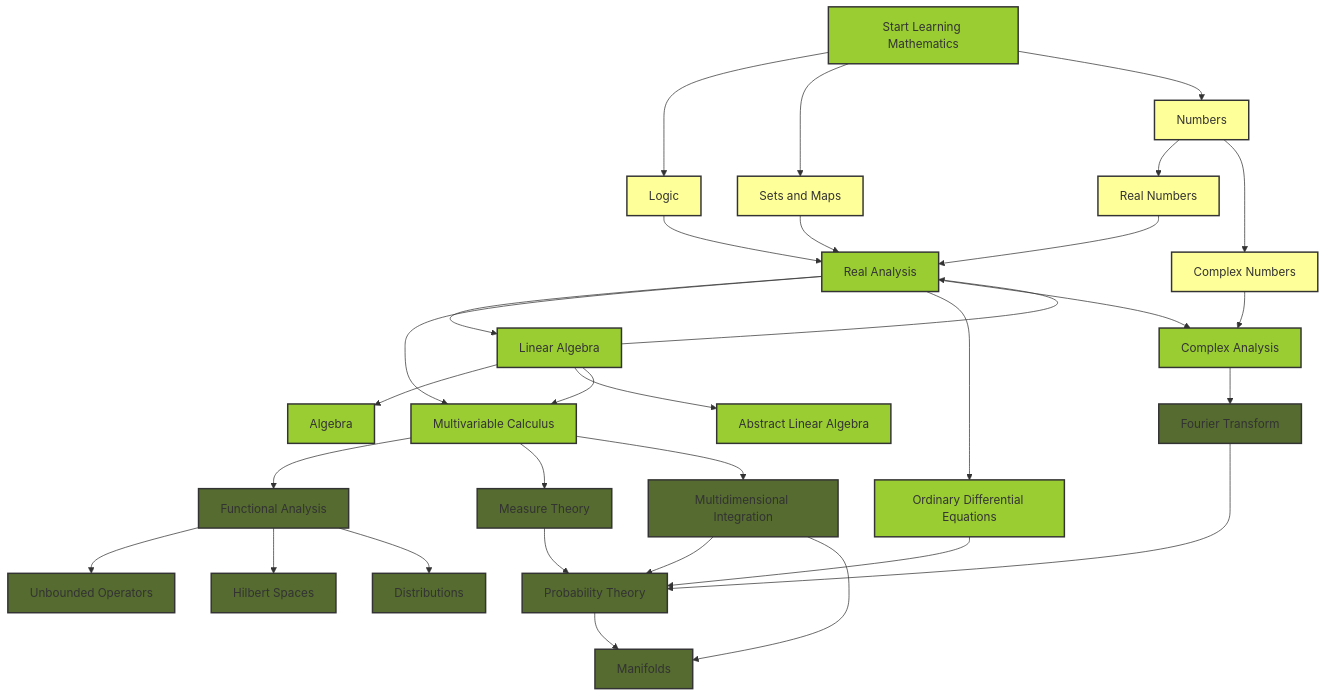
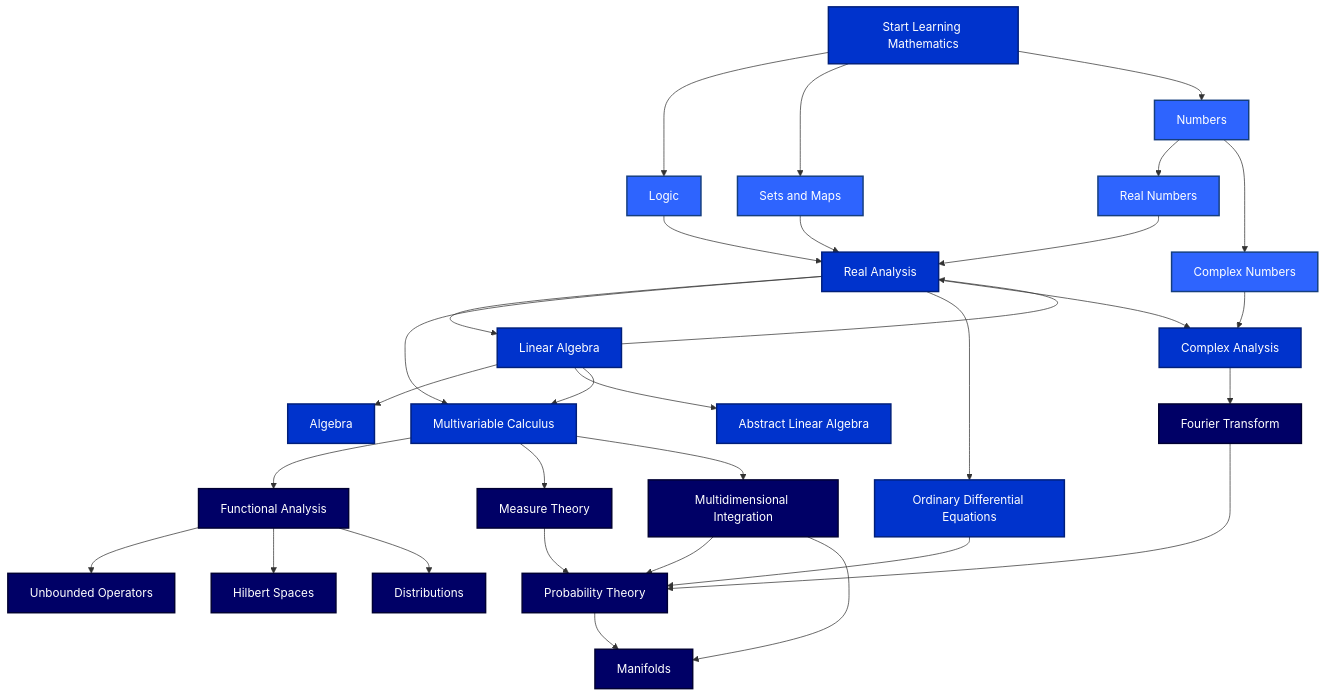
Before and after one commit to OJB-Quantum/Math-and-Physics-How-To: the first of 2 diagrams in README.md, drawn with Mermaid.

Commit message:
Revise diagram styles and color coding
Updated styles for various groups in the diagram to reflect new color scheme.

````diff
--- a/README.md
+++ b/README.md
@@ -98,26 +98,31 @@
     Q --> V
     R --> Q
 
-    style A fill:#9ACD32,stroke:#333,stroke-width:2px
-    style B fill:#FFFF99,stroke:#333,stroke-width:2px
-    style C fill:#FFFF99,stroke:#333,stroke-width:2px
-    style D fill:#FFFF99,stroke:#333,stroke-width:2px
-    style E fill:#FFFF99,stroke:#333,stroke-width:2px
-    style F fill:#FFFF99,stroke:#333,stroke-width:2px
-    style G fill:#9ACD32,stroke:#333,stroke-width:2px
-    style H fill:#9ACD32,stroke:#333,stroke-width:2px
-    style I fill:#9ACD32,stroke:#333,stroke-width:2px
-    style J fill:#9ACD32,stroke:#333,stroke-width:2px
-    style K fill:#9ACD32,stroke:#333,stroke-width:2px
-    style L fill:#9ACD32,stroke:#333,stroke-width:2px
-    style M fill:#9ACD32,stroke:#333,stroke-width:2px
-    style N fill:#556B2F,stroke:#333,stroke-width:2px
-    style O fill:#556B2F,stroke:#333,stroke-width:2px
-    style P fill:#556B2F,stroke:#333,stroke-width:2px
-    style Q fill:#556B2F,stroke:#333,stroke-width:2px
-    style R fill:#556B2F,stroke:#333,stroke-width:2px
-    style S fill:#556B2F,stroke:#333,stroke-width:2px
-    style T fill:#556B2F,stroke:#333,stroke-width:2px
-    style U fill:#556B2F,stroke:#333,stroke-width:2px
-    style V fill:#556B2F,stroke:#333,stroke-width:2px
+    %% Group 1: Formerly Yellow (Foundation) - Now Medium Blue
+    style B fill:#2E64FE,stroke:#153E7E,stroke-width:2px,color:#FFFFFF
+    style C fill:#2E64FE,stroke:#153E7E,stroke-width:2px,color:#FFFFFF
+    style D fill:#2E64FE,stroke:#153E7E,stroke-width:2px,color:#FFFFFF
+    style E fill:#2E64FE,stroke:#153E7E,stroke-width:2px,color:#FFFFFF
+    style F fill:#2E64FE,stroke:#153E7E,stroke-width:2px,color:#FFFFFF
+
+    %% Group 2: Formerly Light Green (Core) - Now Dark Blue
+    style A fill:#0033CC,stroke:#001F7A,stroke-width:2px,color:#FFFFFF
+    style G fill:#0033CC,stroke:#001F7A,stroke-width:2px,color:#FFFFFF
+    style H fill:#0033CC,stroke:#001F7A,stroke-width:2px,color:#FFFFFF
+    style I fill:#0033CC,stroke:#001F7A,stroke-width:2px,color:#FFFFFF
+    style J fill:#0033CC,stroke:#001F7A,stroke-width:2px,color:#FFFFFF
+    style K fill:#0033CC,stroke:#001F7A,stroke-width:2px,color:#FFFFFF
+    style L fill:#0033CC,stroke:#001F7A,stroke-width:2px,color:#FFFFFF
+    style M fill:#0033CC,stroke:#001F7A,stroke-width:2px,color:#FFFFFF
+
+    %% Group 3: Formerly Dark Green (Advanced) - Now Very Dark/Navy Blue
+    style N fill:#000066,stroke:#000033,stroke-width:2px,color:#FFFFFF
+    style O fill:#000066,stroke:#000033,stroke-width:2px,color:#FFFFFF
+    style P fill:#000066,stroke:#000033,stroke-width:2px,color:#FFFFFF
+    style Q fill:#000066,stroke:#000033,stroke-width:2px,color:#FFFFFF
+    style R fill:#000066,stroke:#000033,stroke-width:2px,color:#FFFFFF
+    style S fill:#000066,stroke:#000033,stroke-width:2px,color:#FFFFFF
+    style T fill:#000066,stroke:#000033,stroke-width:2px,color:#FFFFFF
+    style U fill:#000066,stroke:#000033,stroke-width:2px,color:#FFFFFF
+    style V fill:#000066,stroke:#000033,stroke-width:2px,color:#FFFFFF
 ```
````
